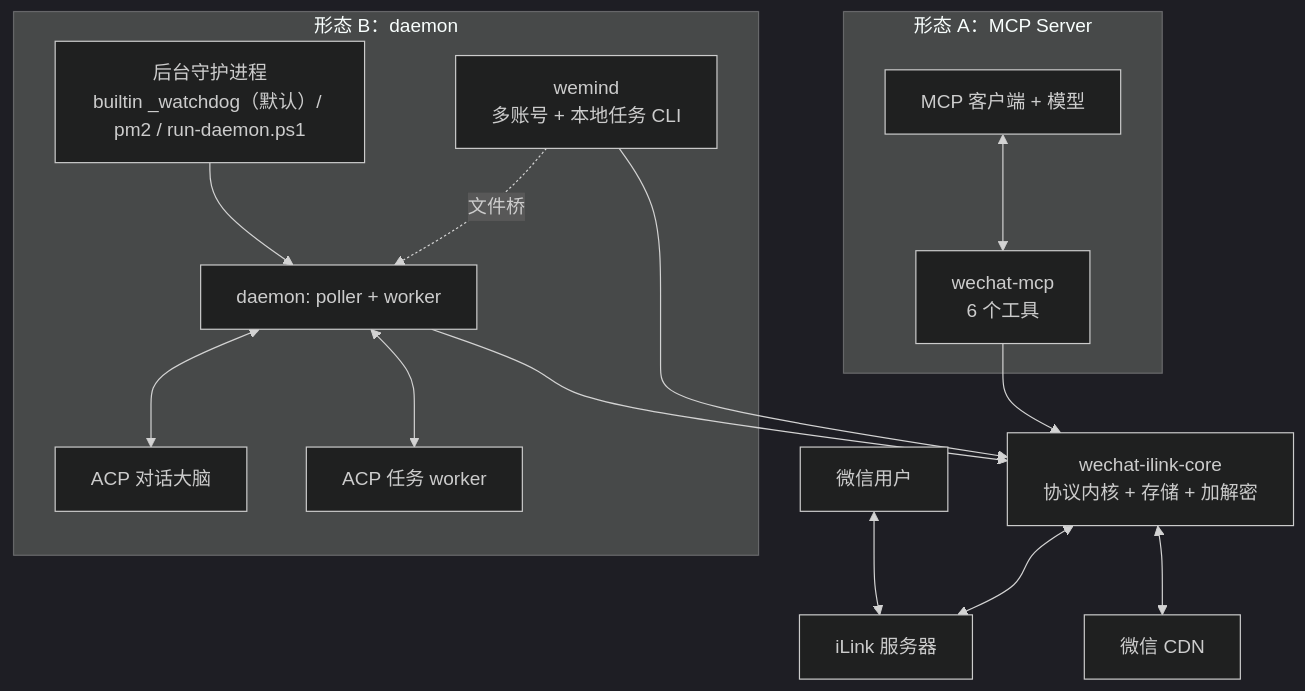
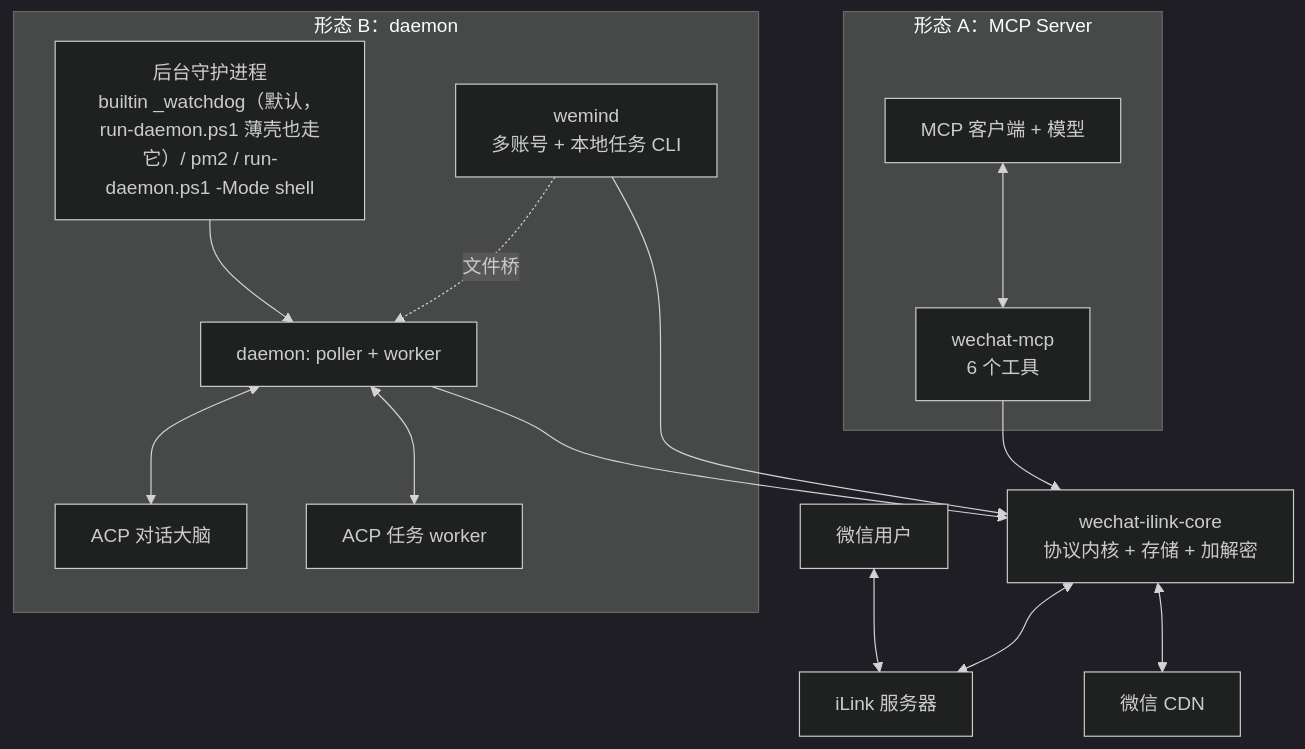
Before and after one commit to imwangpan/WeMind: the sixth of 6 diagrams in docs/repowiki/02-系统架构.md, drawn with Mermaid (dark theme). The commit also changed other lines of this file and 48 other files, not shown here.

````diff
--- a/docs/repowiki/02-系统架构.md
+++ b/docs/repowiki/02-系统架构.md
@@ -203,29 +203,29 @@
 ```mermaid
 graph TB
     U["微信用户"] <--> ILINK["iLink 服务器"]
 
     subgraph 形态A["形态 A：MCP Server"]
         MCP["wechat-mcp<br/>6 个工具"]
         CLIENT["MCP 客户端 + 模型"]
         CLIENT <--> MCP
     end
 
     subgraph 形态B["形态 B：daemon"]
-        WRAP["后台守护进程<br/>builtin _watchdog（默认）/ pm2 / run-daemon.ps1"]
+        WRAP["后台守护进程<br/>builtin _watchdog（默认，run-daemon.ps1 薄壳也走它）/ pm2 / run-daemon.ps1 -Mode shell"]
         DM["daemon: poller + worker"]
         BR["ACP 对话大脑"]
         WK["ACP 任务 worker"]
         MANAGE["wemind<br/>多账号 + 本地任务 CLI"]
         WRAP --> DM
         DM <--> BR
         DM <--> WK
         MANAGE -.文件桥.-> DM
     end
 
     CORE["wechat-ilink-core<br/>协议内核 + 存储 + 加解密"]
     MCP --> CORE
     DM --> CORE
     MANAGE --> CORE
     CORE <--> ILINK
     CORE <--> CDN["微信 CDN"]
 ```
````
